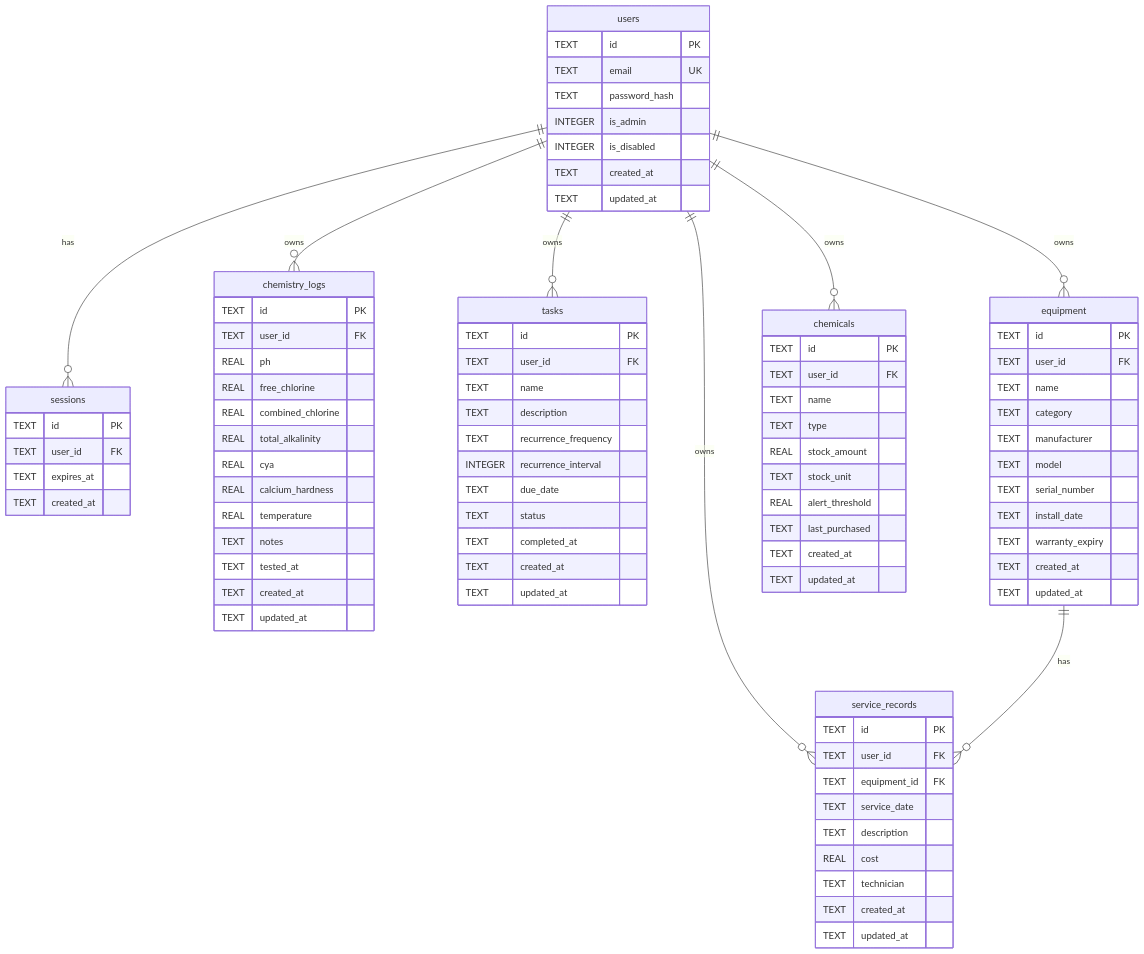
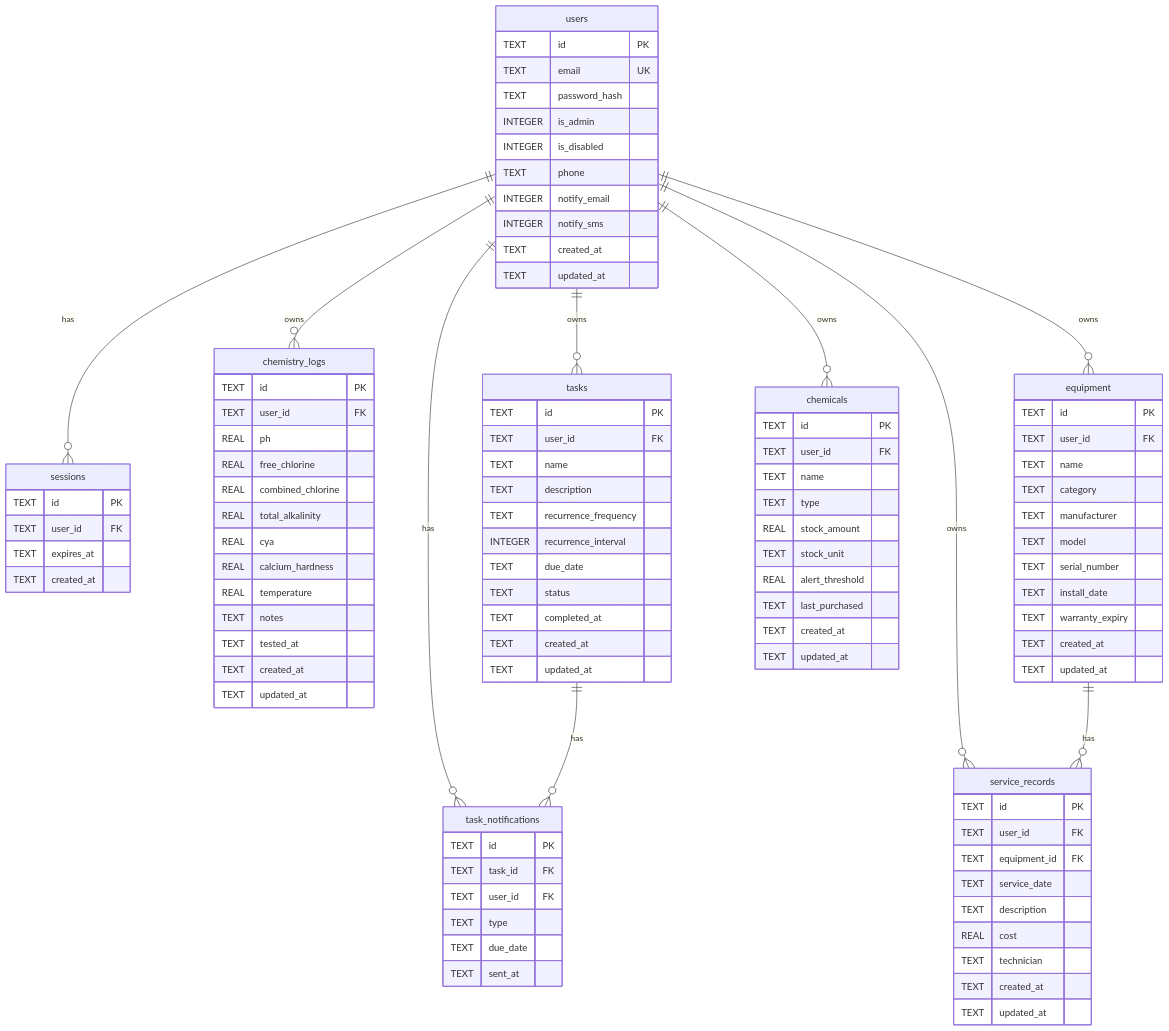
The diagram in docs/architecture.md (joshthewhite/poolvibes), drawn with Mermaid before and after one commit. The commit also changed other lines of this file and 32 other files, not shown here.

First line of the commit message:
Add task due notifications via email (Resend) and SMS (Twilio)

```diff
--- a/docs/architecture.md
+++ b/docs/architecture.md
@@ -89,6 +91,9 @@
         TEXT password_hash
         INTEGER is_admin
         INTEGER is_disabled
+        TEXT phone
+        INTEGER notify_email
+        INTEGER notify_sms
         TEXT created_at
         TEXT updated_at
     }
@@ -169,7 +174,18 @@
         TEXT updated_at
     }
 
+    task_notifications {
+        TEXT id PK
+        TEXT task_id FK
+        TEXT user_id FK
+        TEXT type
+        TEXT due_date
+        TEXT sent_at
+    }
+
     users ||--o{ sessions : "has"
+    users ||--o{ task_notifications : "has"
+    tasks ||--o{ task_notifications : "has"
     users ||--o{ chemistry_logs : "owns"
     users ||--o{ tasks : "owns"
     users ||--o{ equipment : "owns"
```
